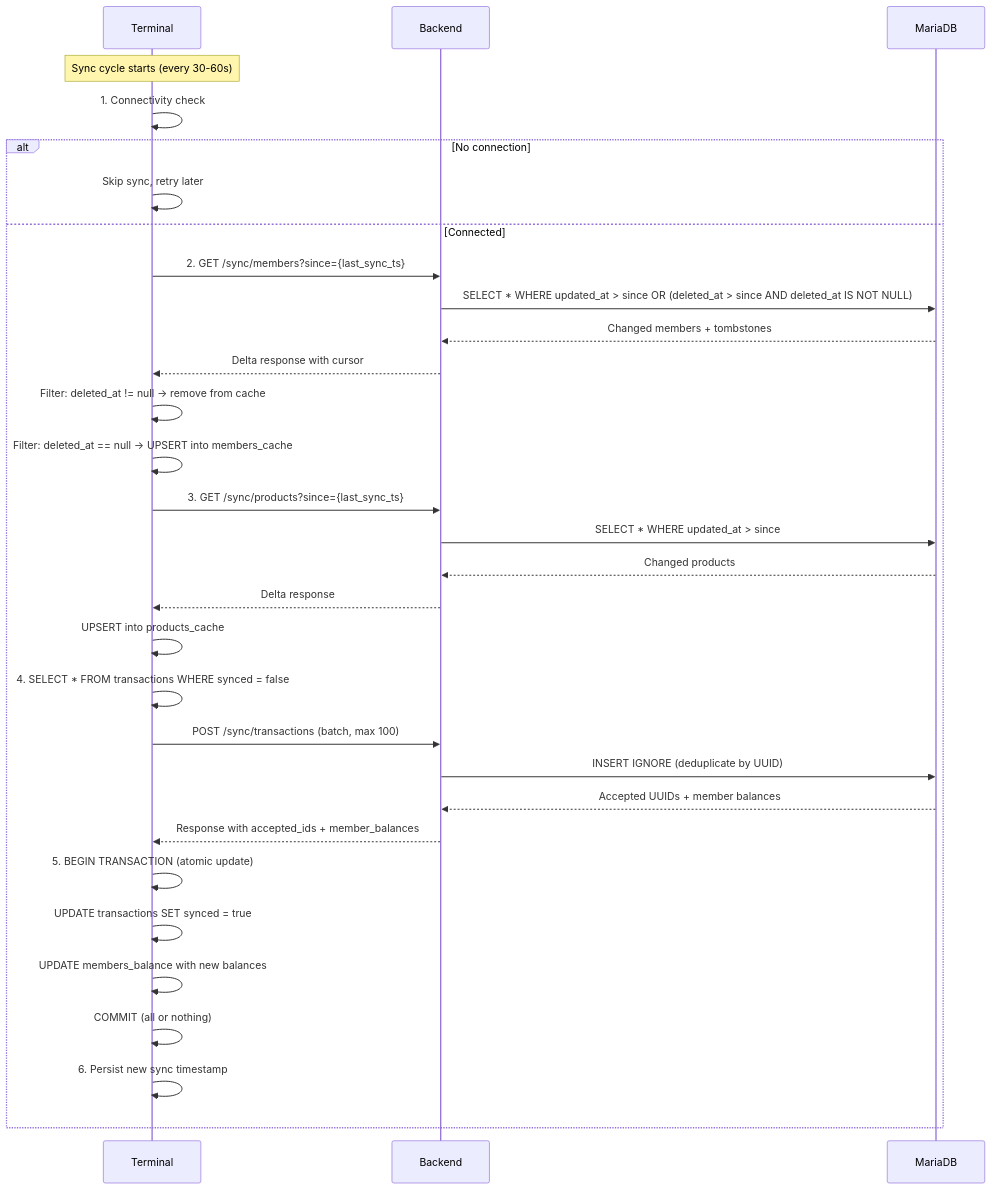
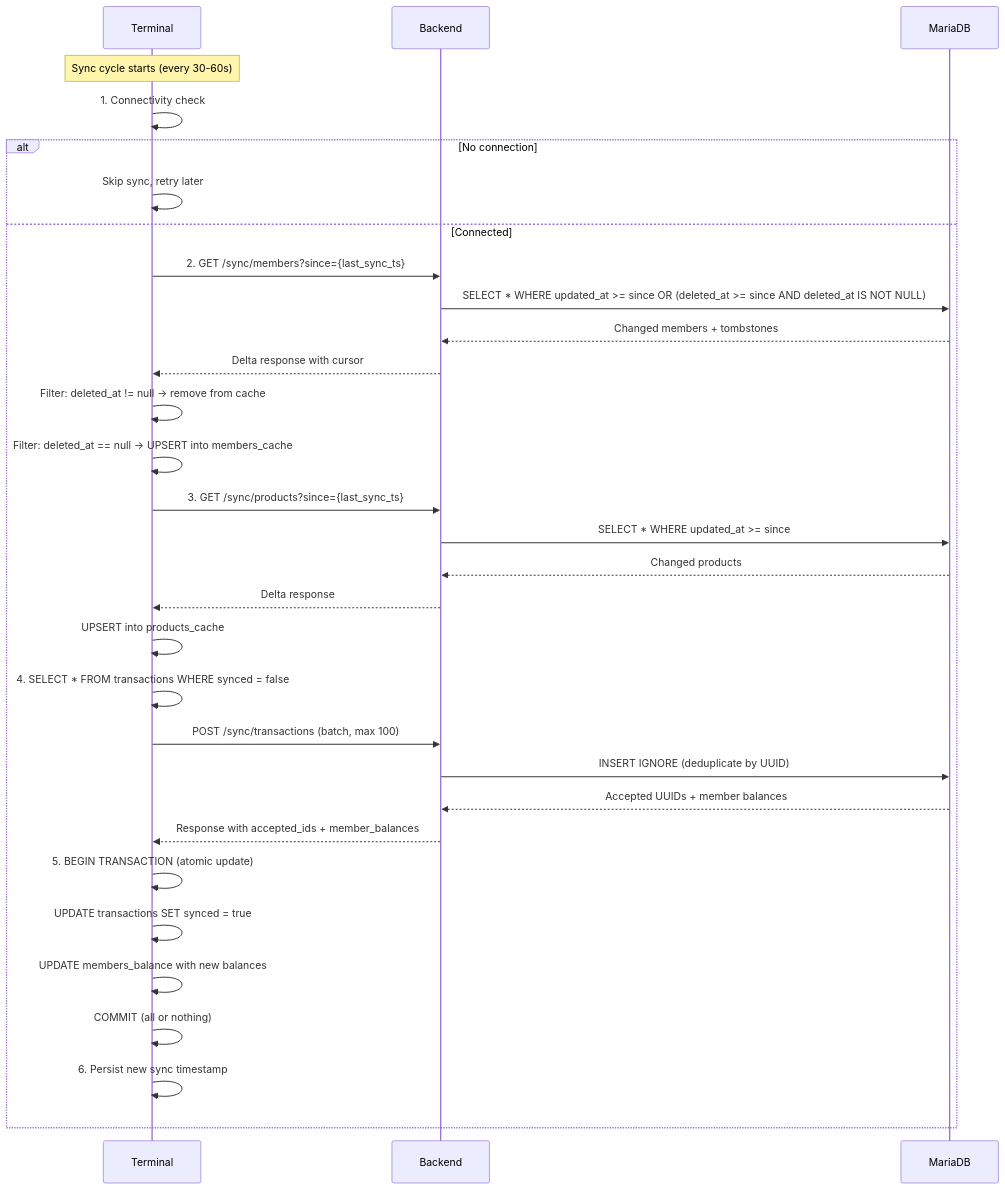
Before and after one commit to dgloeckner/clubbar: the second of 2 diagrams in adr/0012-eventual-consistency-frontend-caching.md, drawn with Mermaid. The commit also changed other lines of this file and 3 other files, not shown here.

````diff
--- a/adr/0012-eventual-consistency-frontend-caching.md
+++ b/adr/0012-eventual-consistency-frontend-caching.md
@@ -76,39 +76,39 @@
 ```mermaid
 sequenceDiagram
     participant T as Terminal
     participant B as Backend
     participant DB as MariaDB
 
     Note over T: Sync cycle starts (every 30-60s)
 
     T->>T: 1. Connectivity check
     alt No connection
         T->>T: Skip sync, retry later
     else Connected
         T->>B: 2. GET /sync/members?since={last_sync_ts}
-        B->>DB: SELECT * WHERE updated_at > since OR (deleted_at > since AND deleted_at IS NOT NULL)
+        B->>DB: SELECT * WHERE updated_at >= since OR (deleted_at >= since AND deleted_at IS NOT NULL)
         DB-->>B: Changed members + tombstones
         B-->>T: Delta response with cursor
         T->>T: Filter: deleted_at != null → remove from cache
         T->>T: Filter: deleted_at == null → UPSERT into members_cache
 
         T->>B: 3. GET /sync/products?since={last_sync_ts}
-        B->>DB: SELECT * WHERE updated_at > since
+        B->>DB: SELECT * WHERE updated_at >= since
         DB-->>B: Changed products
         B-->>T: Delta response
         T->>T: UPSERT into products_cache
 
         T->>T: 4. SELECT * FROM transactions WHERE synced = false
         T->>B: POST /sync/transactions (batch, max 100)
         B->>DB: INSERT IGNORE (deduplicate by UUID)
         DB-->>B: Accepted UUIDs + member balances
         B-->>T: Response with accepted_ids + member_balances
 
         T->>T: 5. BEGIN TRANSACTION (atomic update)
         T->>T: UPDATE transactions SET synced = true
         T->>T: UPDATE members_balance with new balances
         T->>T: COMMIT (all or nothing)
 
         T->>T: 6. Persist new sync timestamp
     end
 ```
````
